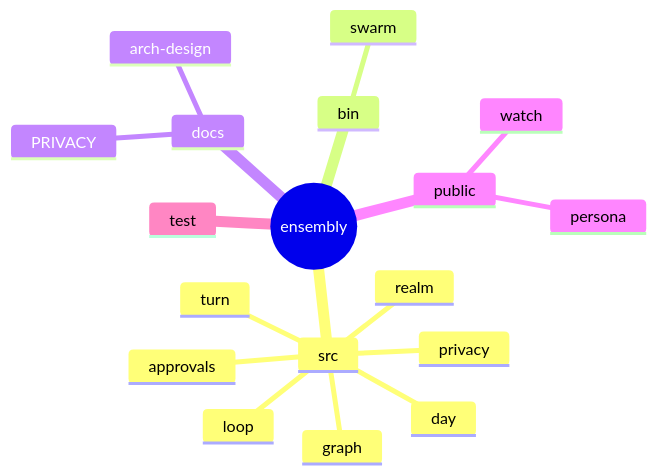
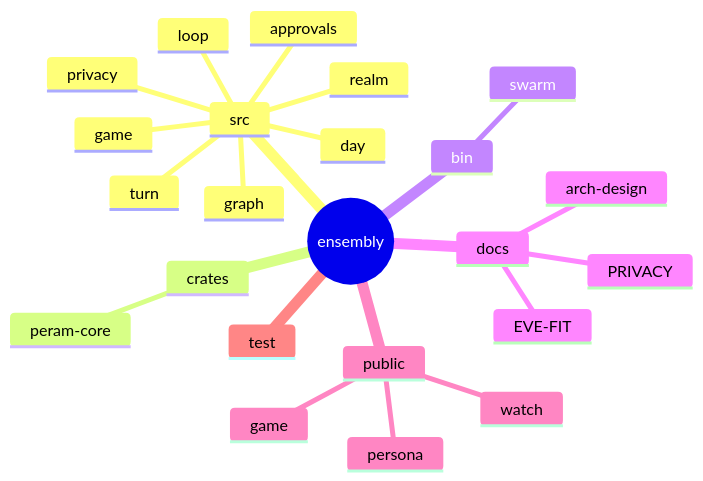
Diagram 13 of 13 in docs/arch-design/coming-next.md (thecuriousts/ensembly), drawn with Mermaid before and after one commit. The commit also changed other lines of this file and 7 other files, not shown here.

First line of the commit message:
Document Eve bridge fit and refresh Game of Peram docs.

````diff
--- a/docs/arch-design/coming-next.md
+++ b/docs/arch-design/coming-next.md
@@ -382,21 +408,26 @@
 ```mermaid
 mindmap
   root((ensembly))
     src
       day
       realm
       approvals
       turn
       graph
       privacy
       loop
+      game
+    crates
+      peram-core
     bin
       swarm
     docs
       arch-design
+      EVE-FIT
       PRIVACY
     public
+      game
       watch
       persona
     test
 ```
````
